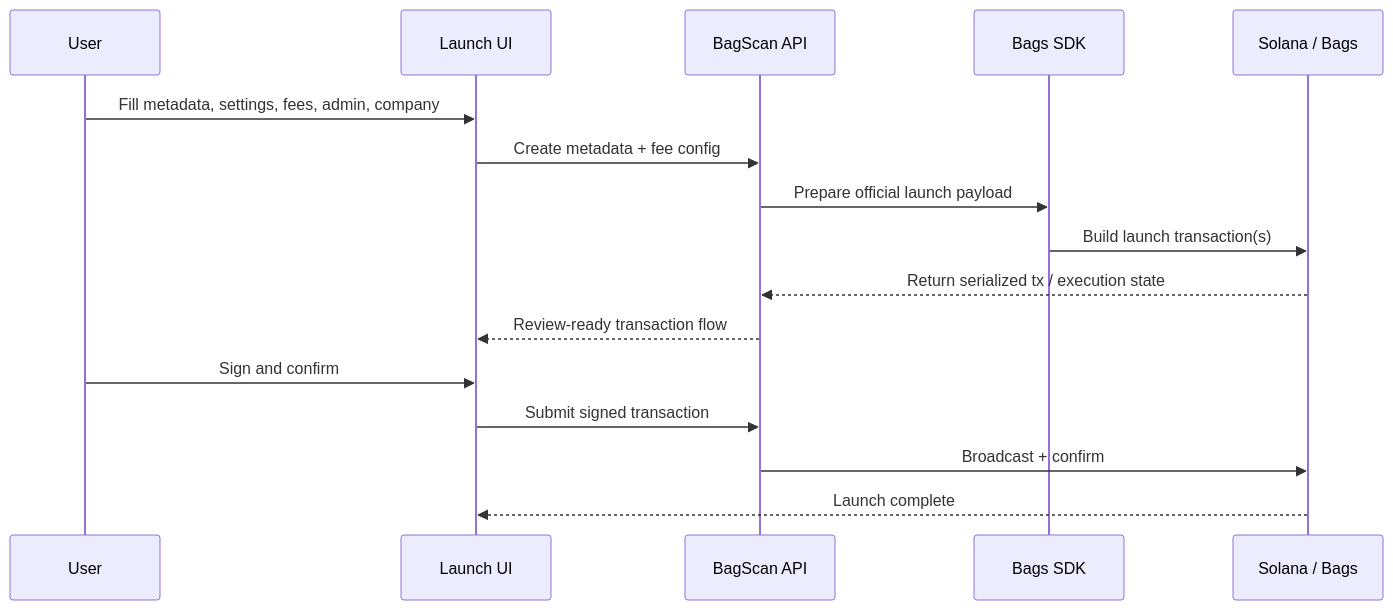
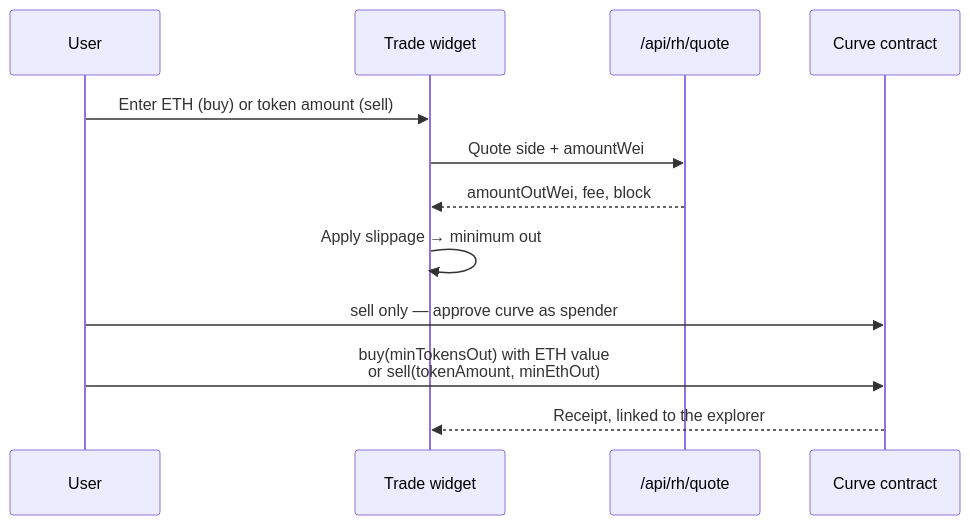
One commit to nrlartt/bagscan changed the second of 2 diagrams in README.md. Above: the diagram before and after it, drawn with Mermaid. The commit also changed other lines of this file and 215 other files, not shown here.

First line of the commit message:
feat(rh): pivot BagScan to a Robinhood Chain-only terminal

````diff
--- a/README.md
+++ b/README.md
@@ -87,19 +64,15 @@
 ```mermaid
 sequenceDiagram
     participant User
-    participant UI as Launch UI
-    participant API as BagScan API
-    participant SDK as Bags SDK
-    participant Solana as Solana / Bags
+    participant UI as Trade widget
+    participant API as /api/rh/quote
+    participant Chain as Curve contract
 
-    User->>UI: Fill metadata, settings, fees, admin, company
-    UI->>API: Create metadata + fee config
-    API->>SDK: Prepare official launch payload
-    SDK->>Solana: Build launch transaction(s)
-    Solana-->>API: Return serialized tx / execution state
-    API-->>UI: Review-ready transaction flow
-    User->>UI: Sign and confirm
-    UI->>API: Submit signed transaction
-    API->>Solana: Broadcast + confirm
-    Solana-->>UI: Launch complete
+    User->>UI: Enter ETH (buy) or token amount (sell)
+    UI->>API: Quote side + amountWei
+    API-->>UI: amountOutWei, fee, block
+    UI->>UI: Apply slippage → minimum out
+    User->>Chain: sell only — approve curve as spender
+    User->>Chain: buy(minTokensOut) with ETH value<br/>or sell(tokenAmount, minEthOut)
+    Chain-->>UI: Receipt, linked to the explorer
 ```
````
